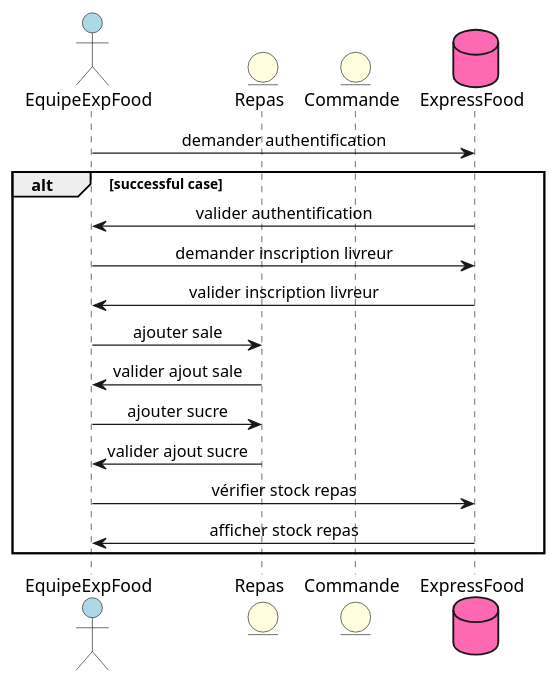
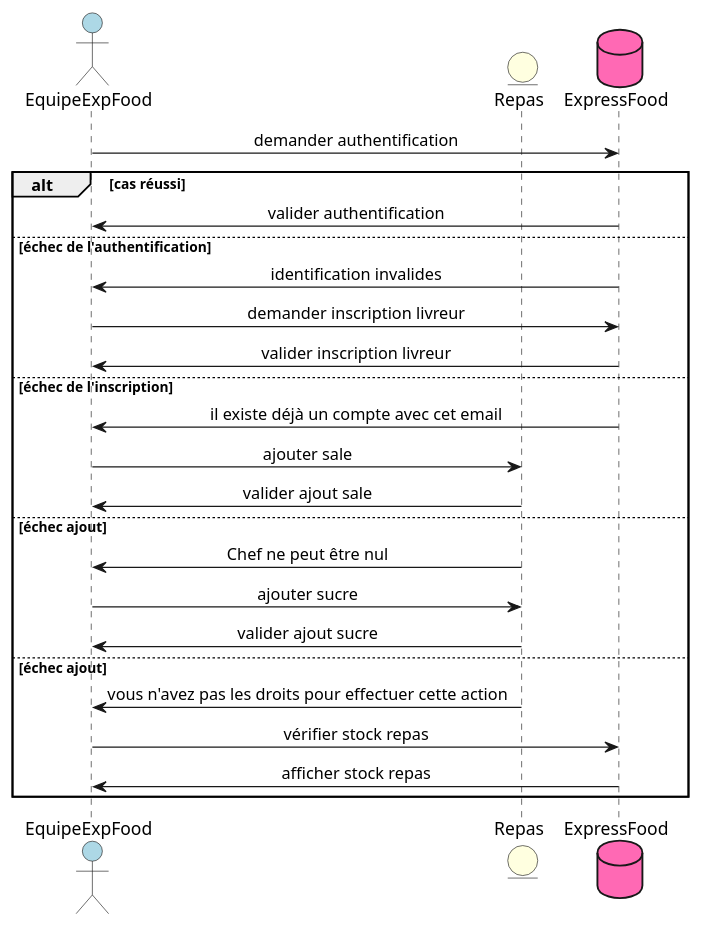
One commit to laurasullyalexandrine/expressfood changed the diagram in Sequence/EquipeExpFoodSequence.puml. Above: the diagram before and after it, drawn with PlantUML. The commit also changed 11 other files, not shown here.

```diff
--- a/Sequence/EquipeExpFoodSequence.puml
+++ b/Sequence/EquipeExpFoodSequence.puml
@@ -1,30 +1,37 @@
 @startuml EquipeExpFood
 
 skinparam responseMessageBelowArrow true
 skinparam SequenceMessageAlignment center
 
 actor EquipeExpFood as EquipeExpFood #LightBlue
 
 entity Repas as Repas #LightYellow
-entity Commande as Commande #LightYellow
 
 database ExpressFood as ExpressFood #HotPink
 
 EquipeExpFood -> ExpressFood: demander authentification
-alt successful case
+alt cas réussi
 ExpressFood -> EquipeExpFood: valider authentification 
+else échec de l'authentification 
+ExpressFood -> EquipeExpFood: identification invalides
 
 EquipeExpFood -> ExpressFood: demander inscription livreur
 ExpressFood -> EquipeExpFood: valider inscription livreur
+else échec de l'inscription
+ExpressFood -> EquipeExpFood: il existe déjà un compte avec cet email
 
 EquipeExpFood -> Repas: ajouter sale
 Repas -> EquipeExpFood : valider ajout sale
+else échec ajout
+Repas -> EquipeExpFood : Chef ne peut être nul 
 
 EquipeExpFood -> Repas: ajouter sucre
 Repas -> EquipeExpFood : valider ajout sucre
+else échec ajout
+Repas -> EquipeExpFood : vous n'avez pas les droits pour effectuer cette action
 
 EquipeExpFood -> ExpressFood: vérifier stock repas
 ExpressFood -> EquipeExpFood : afficher stock repas
 
 end
 @enduml
```
